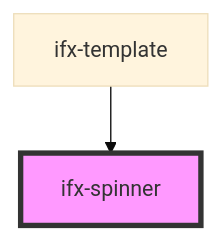
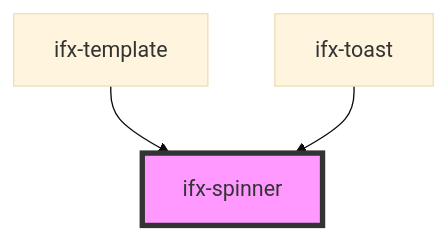
The diagram in packages/components/src/components/spinner/readme.md (Infineon/infineon-design-system-stencil), drawn with Mermaid (base theme) before and after one commit. The commit also changed other lines of this file and 23 other files, not shown here.

````diff
--- a/packages/components/src/components/spinner/readme.md
+++ b/packages/components/src/components/spinner/readme.md
@@ -25,5 +26,6 @@
 ```mermaid
 graph TD;
   ifx-template --> ifx-spinner
+  ifx-toast --> ifx-spinner
   style ifx-spinner fill:#f9f,stroke:#333,stroke-width:4px
 ```
````
